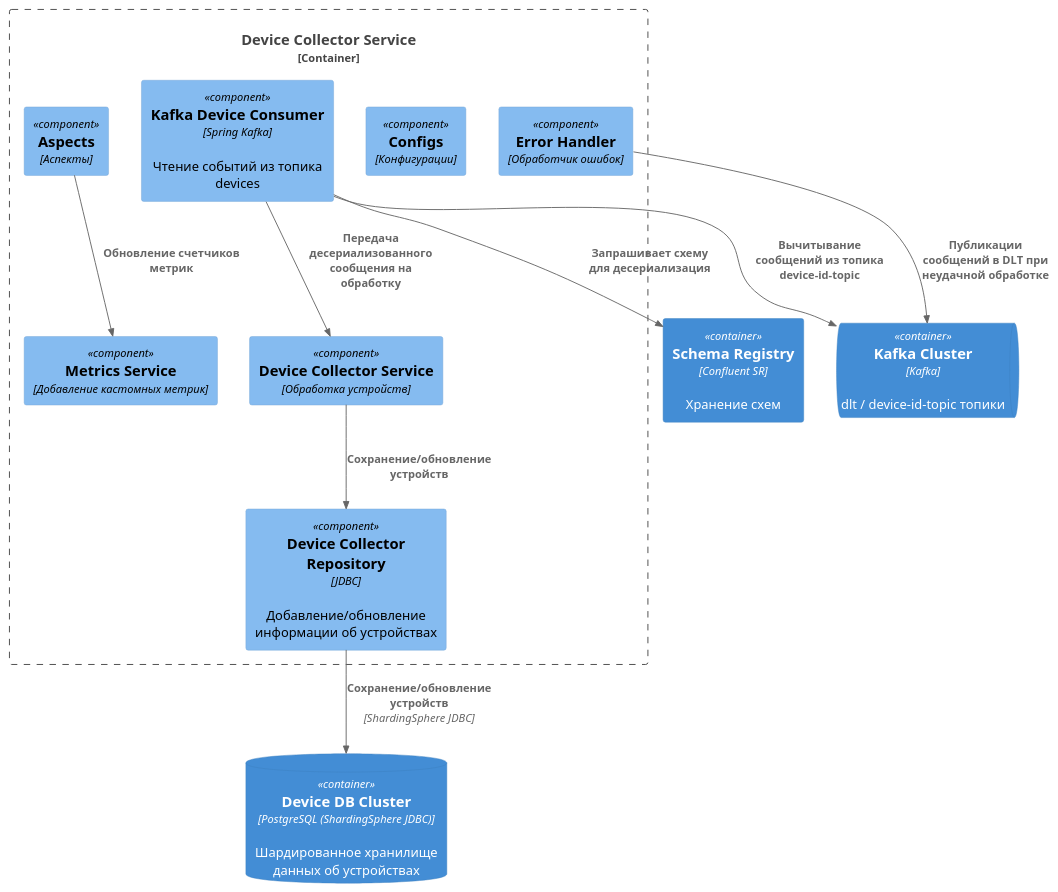
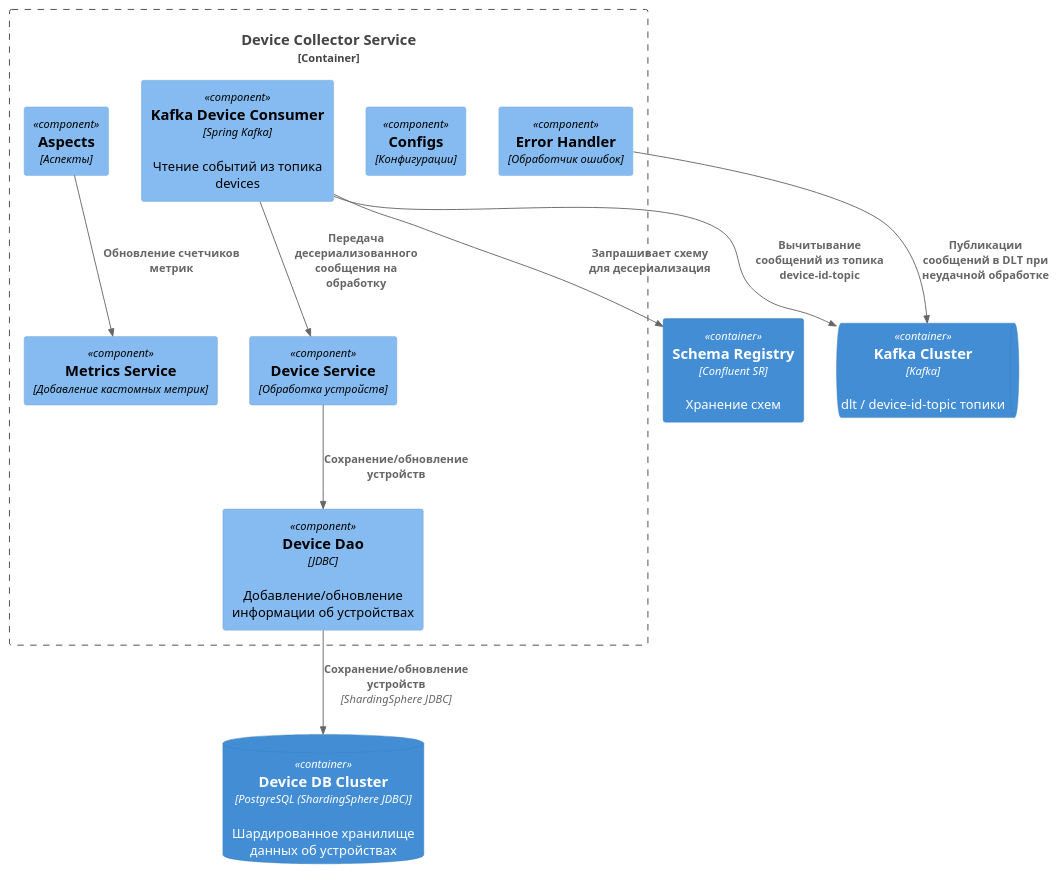
One commit to SinglePlayer56/iot changed the diagram in device-collector/diagrams/component.puml. Above: the diagram before and after it, drawn with PlantUML. The commit also changed 9 other files, not shown here.

Commit message:
Add DAO layer. Update sharding config Update diagrams.

```diff
--- a/device-collector/diagrams/component.puml
+++ b/device-collector/diagrams/component.puml
@@ -1,27 +1,27 @@
 @startuml
 !includeurl https://raw.githubusercontent.com/plantuml-stdlib/C4-PlantUML/master/C4_Component.puml
 
 Container_Boundary(device_collector_service, "Device Collector Service") {
-    Component(device_service, "Device Collector Service", "Обработка устройств")
-    Component(device_repo, "Device Collector Repository", "JDBC", "Добавление/обновление информации об устройствах")
+    Component(device_service, "Device Service", "Обработка устройств")
+    Component(device_repo, "Device Dao", "JDBC", "Добавление/обновление информации об устройствах")
     Component(kafka_device_consumer, "Kafka Device Consumer", "Spring Kafka", "Чтение событий из топика devices")
     Component(metrics_service, "Metrics Service", "Добавление кастомных метрик")
     Component(configs, "Configs", "Конфигурации")
     Component(aspects, "Aspects", "Аспекты")
     Component(error_handler, "Error Handler", "Обработчик ошибок")
 
     Rel(aspects, metrics_service, "Обновление счетчиков метрик")
     Rel(device_service, device_repo, "Сохранение/обновление устройств")
     Rel(kafka_device_consumer, device_service, "Передача десериализованного сообщения на обработку")
 }
 
 ContainerDb(device_collector_data, "Device DB Cluster", "PostgreSQL (ShardingSphere JDBC)", "Шардированное хранилище данных об устройствах")
 ContainerQueue(kafka, "Kafka Cluster", "Kafka", "dlt / device-id-topic топики")
 Container(schema_registry, "Schema Registry", "Confluent SR", "Хранение схем")
 
 Rel(kafka_device_consumer, schema_registry, "Запрашивает схему для десериализация")
 Rel(kafka_device_consumer, kafka, "Вычитывание сообщений из топика device-id-topic")
 Rel(error_handler, kafka, "Публикации сообщений в DLT при неудачной обработке")
 Rel(device_repo,device_collector_data, "Сохранение/обновление устройств", "ShardingSphere JDBC")
 
 @enduml
```
